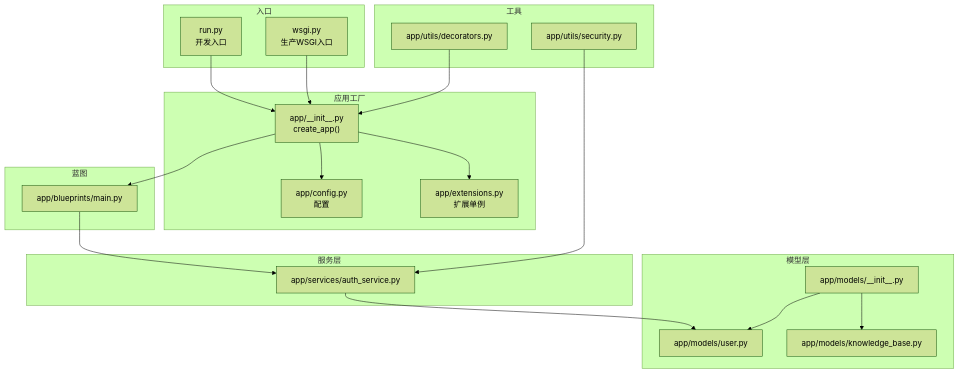
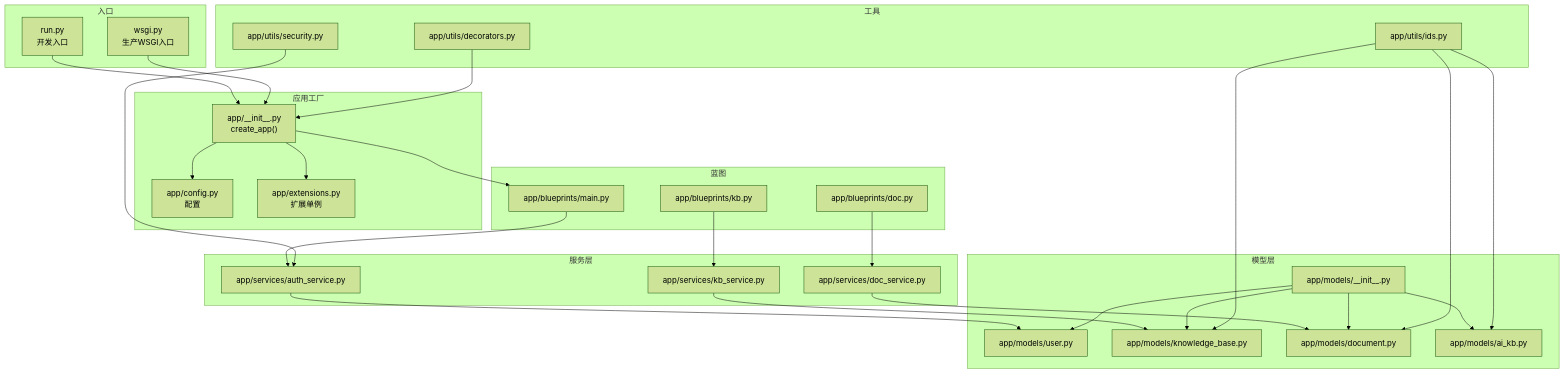
Before and after one commit to beyondalbert/my_wiki: the first of 8 diagrams in .qoder/repowiki/zh/content/开发指南/开发指南.md, drawn with Mermaid (forest theme). The commit also changed other lines of this file and 21 other files, not shown here.

````diff
--- a/.qoder/repowiki/zh/content/开发指南/开发指南.md
+++ b/.qoder/repowiki/zh/content/开发指南/开发指南.md
@@ -40,38 +47,54 @@
 ```mermaid
 graph TB
 subgraph "入口"
 RUN["run.py<br/>开发入口"]
 WSGI["wsgi.py<br/>生产WSGI入口"]
 end
 subgraph "应用工厂"
 APP_INIT["app/__init__.py<br/>create_app()"]
 CFG["app/config.py<br/>配置"]
 EXT["app/extensions.py<br/>扩展单例"]
 end
 subgraph "蓝图"
 BP_MAIN["app/blueprints/main.py"]
+BP_DOC["app/blueprints/doc.py"]
+BP_KB["app/blueprints/kb.py"]
 end
 subgraph "服务层"
 SVC_AUTH["app/services/auth_service.py"]
+SVC_DOC["app/services/doc_service.py"]
+SVC_KB["app/services/kb_service.py"]
 end
 subgraph "模型层"
 MODELS_IDX["app/models/__init__.py"]
 MODEL_USER["app/models/user.py"]
 MODEL_KB["app/models/knowledge_base.py"]
+MODEL_DOC["app/models/document.py"]
+MODEL_AI["app/models/ai_kb.py"]
 end
 subgraph "工具"
 DECOR["app/utils/decorators.py"]
 SEC["app/utils/security.py"]
+IDS["app/utils/ids.py"]
 end
 RUN --> APP_INIT
 WSGI --> APP_INIT
 APP_INIT --> CFG
 APP_INIT --> EXT
 APP_INIT --> BP_MAIN
 BP_MAIN --> SVC_AUTH
+BP_DOC --> SVC_DOC
+BP_KB --> SVC_KB
 SVC_AUTH --> MODEL_USER
+SVC_DOC --> MODEL_DOC
+SVC_KB --> MODEL_KB
 MODELS_IDX --> MODEL_USER
 MODELS_IDX --> MODEL_KB
+MODELS_IDX --> MODEL_DOC
+MODELS_IDX --> MODEL_AI
 DECOR --> APP_INIT
 SEC --> SVC_AUTH
+IDS --> MODEL_KB
+IDS --> MODEL_DOC
+IDS --> MODEL_AI
 ```
````
